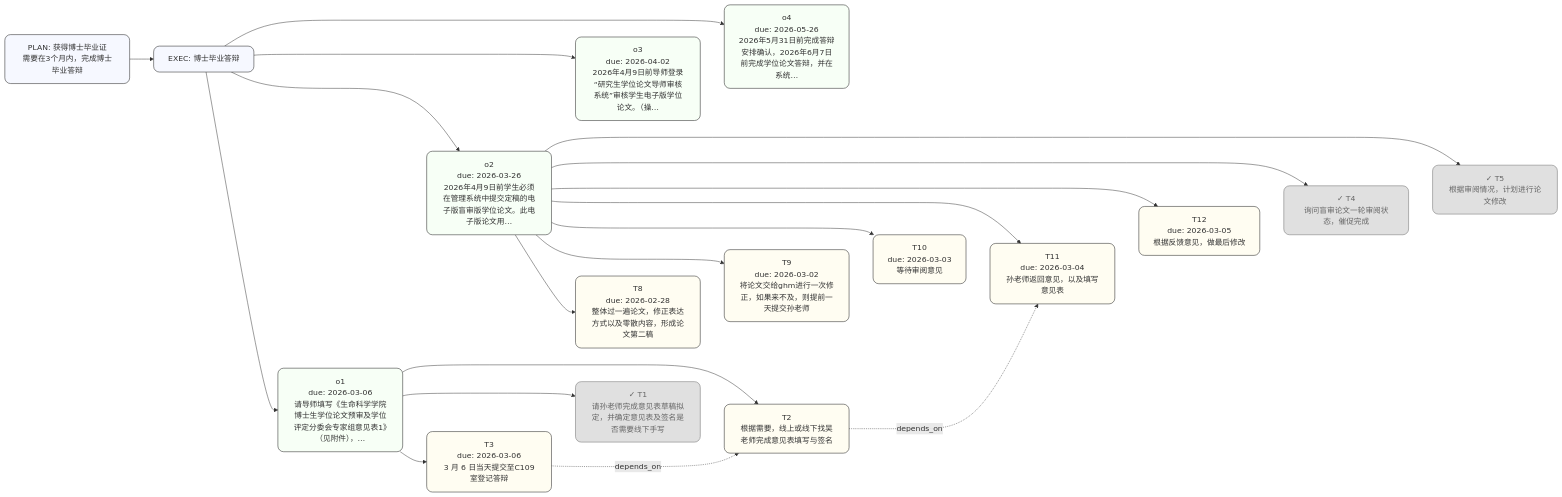
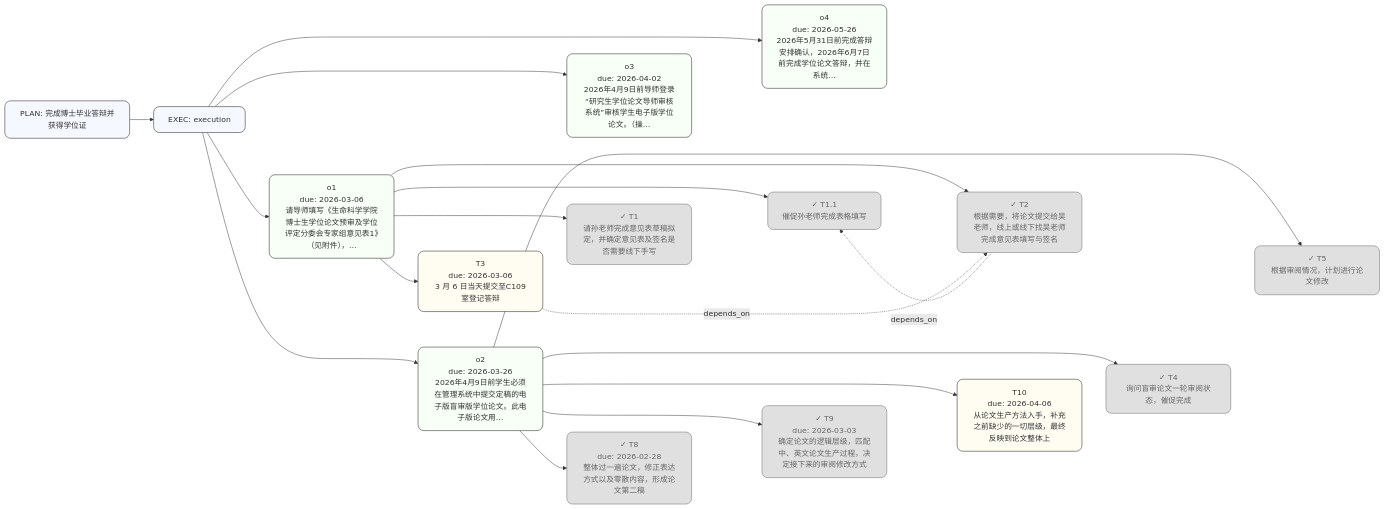
Before and after one commit to gbm19950414-ux/Hypothesis-driven-Task-Management-System: the diagram in outputs/plan_毕业答辩_graph.mmd, drawn with Mermaid. The commit also changed 42 other files, not shown here.

```diff
--- a/outputs/plan_毕业答辩_graph.mmd
+++ b/outputs/plan_毕业答辩_graph.mmd
@@ -1,51 +1,48 @@
 flowchart LR
 classDef card fill:#ffffff,stroke:#111,stroke-width:1px,rx:10,ry:10;
 classDef plan fill:#f6f8ff,stroke:#111,stroke-width:1px,rx:12,ry:12;
 classDef obj fill:#f7fff6,stroke:#111,stroke-width:1px,rx:12,ry:12;
 classDef hyp fill:#fff6fb,stroke:#111,stroke-width:1px,rx:12,ry:12;
 classDef task fill:#fffdf2,stroke:#111,stroke-width:1px,rx:12,ry:12;
 classDef done fill:#e0e0e0,stroke:#666,stroke-width:1px,color:#666,rx:12,ry:12;
-PLAN["PLAN: 获得博士毕业证<br/>需要在3个月内，完成博士毕业答辩"]:::plan
-EP["EXEC: 博士毕业答辩"]:::plan
+PLAN["PLAN: 完成博士毕业答辩并获得学位证"]:::plan
+EP["EXEC: execution"]:::plan
 PLAN --> EP
 OBJ_o1["o1<br/>due: 2026-03-06<br/>请导师填写《生命科学学院博士生学位论文预审及学位评定分委会专家组意见表1》（见附件），…"]:::obj
 EP --> OBJ_o1
 OBJ_o2["o2<br/>due: 2026-03-26<br/>2026年4月9日前学生必须在管理系统中提交定稿的电子版盲审版学位论文。此电子版论文用…"]:::obj
 EP --> OBJ_o2
 OBJ_o3["o3<br/>due: 2026-04-02<br/>2026年4月9日前导师登录“研究生学位论文导师审核系统”审核学生电子版学位论文。（操…"]:::obj
 EP --> OBJ_o3
 OBJ_o4["o4<br/>due: 2026-05-26<br/>2026年5月31日前完成答辩安排确认，2026年6月7日前完成学位论文答辩，并在系统…"]:::obj
 EP --> OBJ_o4
 OBJ_o1 ~~~ OBJ_o2
 OBJ_o2 ~~~ OBJ_o3
 OBJ_o3 ~~~ OBJ_o4
-TASK_T8["T8<br/>due: 2026-02-28<br/>整体过一遍论文，修正表达方式以及零散内容，形成论文第二稿"]:::task
+TASK_T8["✓ T8<br/>due: 2026-02-28<br/>整体过一遍论文，修正表达方式以及零散内容，形成论文第二稿"]:::done
 OBJ_o2 --> TASK_T8
-TASK_T9["T9<br/>due: 2026-03-02<br/>将论文交给ghm进行一次修正，如果来不及，则提前一天提交孙老师"]:::task
+TASK_T9["✓ T9<br/>due: 2026-03-03<br/>确定论文的逻辑层级，匹配中、英文论文生产过程，决定接下来的审阅修改方式"]:::done
 OBJ_o2 --> TASK_T9
-TASK_T10["T10<br/>due: 2026-03-03<br/>等待审阅意见"]:::task
-OBJ_o2 --> TASK_T10
-TASK_T11["T11<br/>due: 2026-03-04<br/>孙老师返回意见，以及填写意见表"]:::task
-OBJ_o2 --> TASK_T11
-TASK_T12["T12<br/>due: 2026-03-05<br/>根据反馈意见，做最后修改"]:::task
-OBJ_o2 --> TASK_T12
 TASK_T3["T3<br/>due: 2026-03-06<br/>3 月 6 日当天提交至C109室登记答辩"]:::task
 OBJ_o1 --> TASK_T3
+TASK_T10["T10<br/>due: 2026-04-06<br/>从论文生产方法入手，补充之前缺少的一切层级，最终反映到论文整体上"]:::task
+OBJ_o2 --> TASK_T10
 TASK_T1["✓ T1<br/>请孙老师完成意见表草稿拟定，并确定意见表及签名是否需要线下手写"]:::done
 OBJ_o1 --> TASK_T1
-TASK_T2["T2<br/>根据需要，线上或线下找吴老师完成意见表填写与签名"]:::task
+TASK_T1.1["✓ T1.1<br/>催促孙老师完成表格填写"]:::done
+OBJ_o1 --> TASK_T1.1
+TASK_T2["✓ T2<br/>根据需要，将论文提交给吴老师，线上或线下找吴老师完成意见表填写与签名"]:::done
 OBJ_o1 --> TASK_T2
 TASK_T4["✓ T4<br/>询问盲审论文一轮审阅状态，催促完成"]:::done
 OBJ_o2 --> TASK_T4
 TASK_T5["✓ T5<br/>根据审阅情况，计划进行论文修改"]:::done
 OBJ_o2 --> TASK_T5
 TASK_T8 ~~~ TASK_T9
 TASK_T9 ~~~ TASK_T10
-TASK_T10 ~~~ TASK_T11
-TASK_T11 ~~~ TASK_T12
-TASK_T12 ~~~ TASK_T4
+TASK_T10 ~~~ TASK_T4
 TASK_T4 ~~~ TASK_T5
 TASK_T3 ~~~ TASK_T1
-TASK_T1 ~~~ TASK_T2
-TASK_T2 -. depends_on .-> TASK_T11
+TASK_T1 ~~~ TASK_T1.1
+TASK_T1.1 ~~~ TASK_T2
+TASK_T2 -. depends_on .-> TASK_T1.1
 TASK_T3 -. depends_on .-> TASK_T2
```
